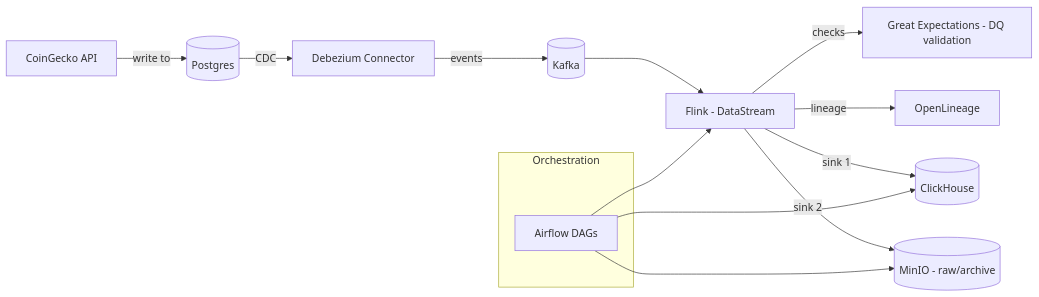
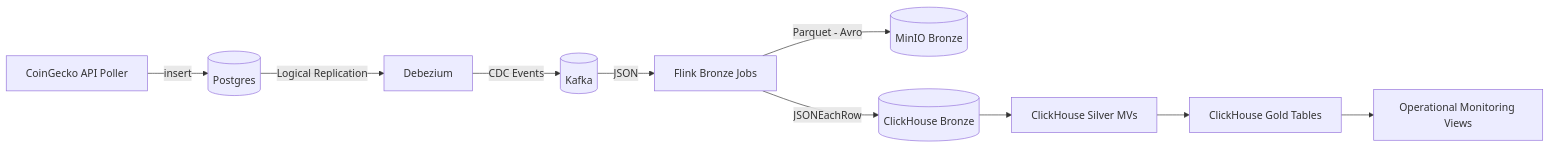
One commit to 4lcatrust/aether-stream changed the diagram in README.md. Above: the diagram before and after it, drawn with Mermaid. The commit also changed other lines of this file, not shown here.

````diff
--- a/README.md
+++ b/README.md
@@ -3,17 +3,12 @@
 ```mermaid
 flowchart LR
-  A[CoinGecko API] -->|write to| B[(Postgres)]
-  B -->|CDC| C[Debezium Connector]
-  C -->|events| D[(Kafka)]
-  D --> E[Flink - DataStream]
-  E -->|checks| F[Great Expectations - DQ validation]
-  E -->|lineage| G[OpenLineage]
-  E -->|sink 1| H[(ClickHouse)]
-  E -->|sink 2| I[(MinIO - raw/archive)]
-  subgraph J[Orchestration]
-    K[Airflow DAGs]
-  end
-  K --> E
-  K --> H
-  K --> I
+  A[CoinGecko API Poller] -->|insert| B[(Postgres)]
+  B -->|Logical Replication| C[Debezium]
+  C -->|CDC Events| D[(Kafka)]
+  D -->|JSON| E[Flink Bronze Jobs]
+  E -->|Parquet - Avro| F[(MinIO Bronze)]
+  E -->|JSONEachRow| G[(ClickHouse Bronze)]
+  G --> H[ClickHouse Silver MVs]
+  H --> I[ClickHouse Gold Tables]
+  I --> J[Operational Monitoring Views]
 ```
````
